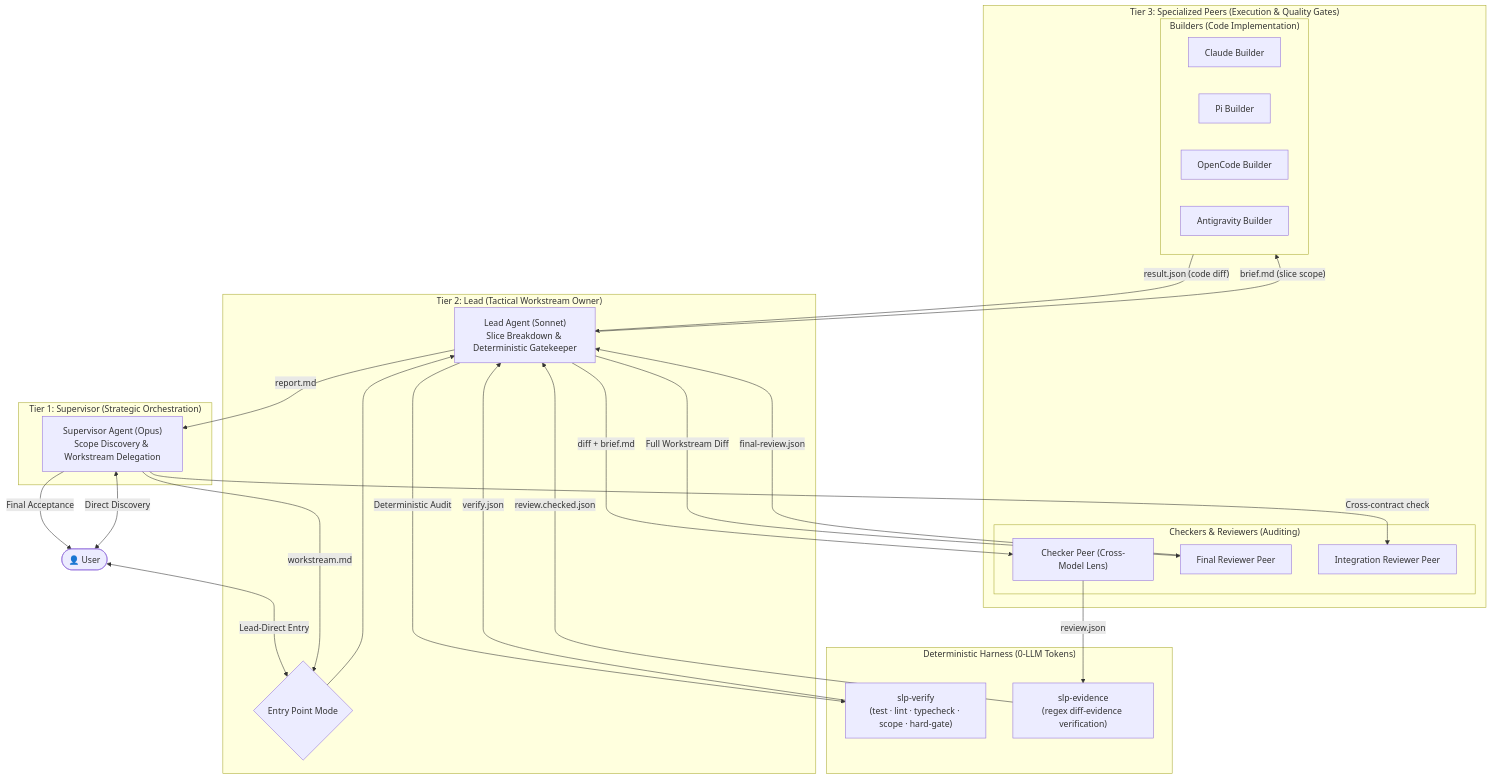
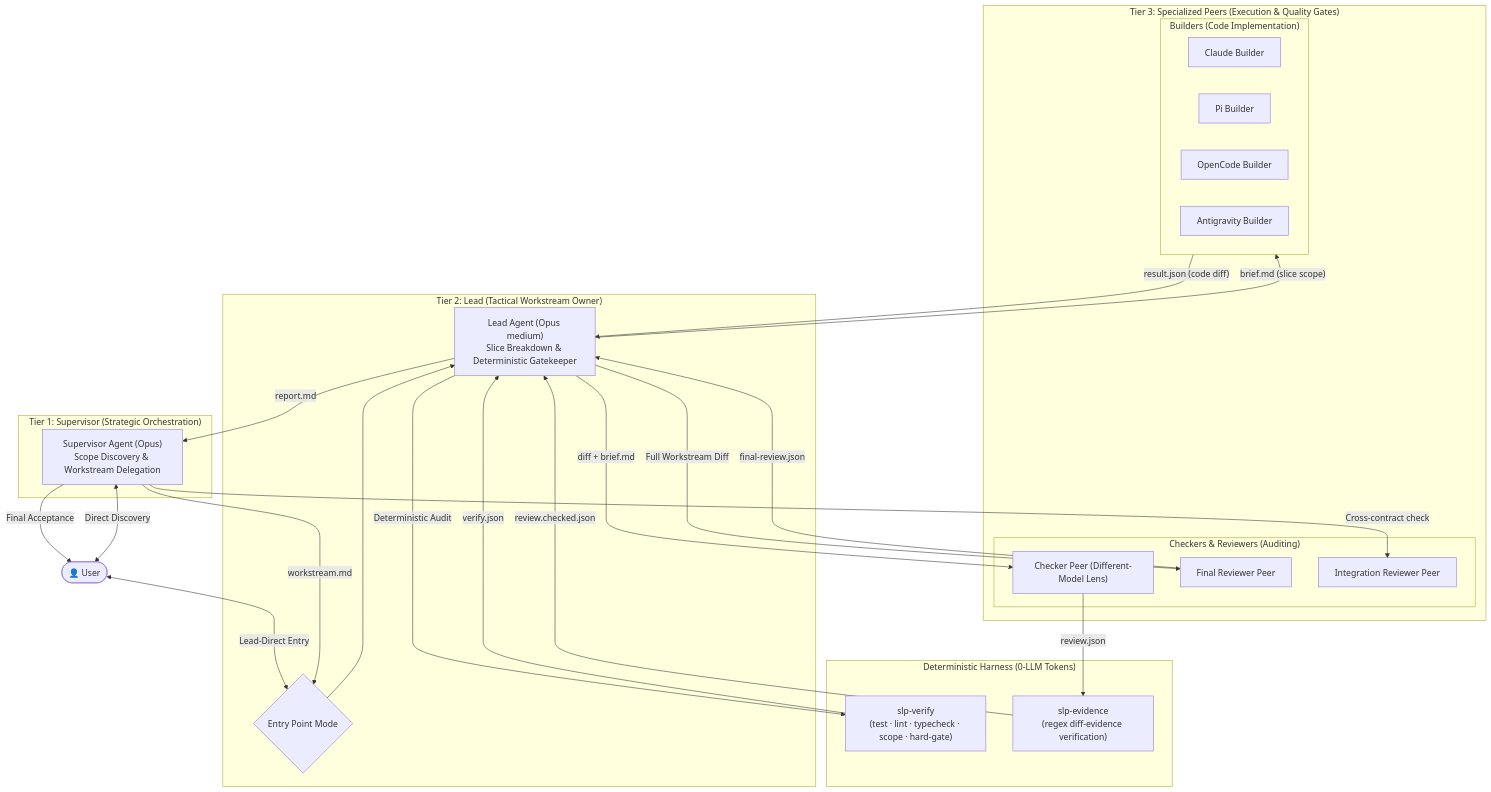
One commit to luongndcoder/paseo-slp changed the first of 3 diagrams in README.md. Above: the diagram before and after it, drawn with Mermaid. The commit also changed other lines of this file and 62 other files, not shown here.

````diff
--- a/README.md
+++ b/README.md
@@ -9,55 +9,55 @@
 ```mermaid
 flowchart TD
     User(["👤 User"])
     
     subgraph Tier1["Tier 1: Supervisor (Strategic Orchestration)"]
         Supervisor["Supervisor Agent (Opus)<br/>Scope Discovery & Workstream Delegation"]
     end
     
     subgraph Tier2["Tier 2: Lead (Tactical Workstream Owner)"]
         LeadDirect{"Entry Point Mode"}
-        Lead["Lead Agent (Sonnet)<br/>Slice Breakdown & Deterministic Gatekeeper"]
+        Lead["Lead Agent (Opus medium)<br/>Slice Breakdown & Deterministic Gatekeeper"]
     end
     
     subgraph Tier3["Tier 3: Specialized Peers (Execution & Quality Gates)"]
         subgraph Builders["Builders (Code Implementation)"]
             ClaudeBuilder["Claude Builder"]
             PiBuilder["Pi Builder"]
             OpenCodeBuilder["OpenCode Builder"]
             AgyBuilder["Antigravity Builder"]
         end
         
         subgraph Checkers["Checkers & Reviewers (Auditing)"]
-            Checker["Checker Peer (Cross-Model Lens)"]
+            Checker["Checker Peer (Different-Model Lens)"]
             FinalReviewer["Final Reviewer Peer"]
             IntegrationReviewer["Integration Reviewer Peer"]
         end
     end
     
     subgraph VerificationEngine["Deterministic Harness (0-LLM Tokens)"]
         SLPVerify["slp-verify<br/>(test · lint · typecheck · scope · hard-gate)"]
         SLPEvidence["slp-evidence<br/>(regex diff-evidence verification)"]
     end
 
     User <-->|"Direct Discovery"| Supervisor
     User <-->|"Lead-Direct Entry"| LeadDirect
     Supervisor -->|"workstream.md"| LeadDirect
     LeadDirect --> Lead
     
     Lead -->|"brief.md (slice scope)"| Builders
     Builders -->|"result.json (code diff)"| Lead
     
     Lead -->|"Deterministic Audit"| SLPVerify
     SLPVerify -->|"verify.json"| Lead
     
     Lead -->|"diff + brief.md"| Checker
     Checker -->|"review.json"| SLPEvidence
     SLPEvidence -->|"review.checked.json"| Lead
     
     Lead -->|"Full Workstream Diff"| FinalReviewer
     FinalReviewer -->|"final-review.json"| Lead
     
     Lead -->|"report.md"| Supervisor
     Supervisor -->|"Cross-contract check"| IntegrationReviewer
     Supervisor -->|"Final Acceptance"| User
 ```
````
